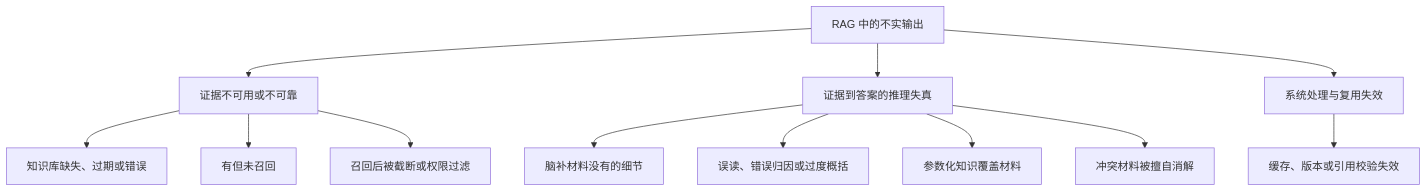
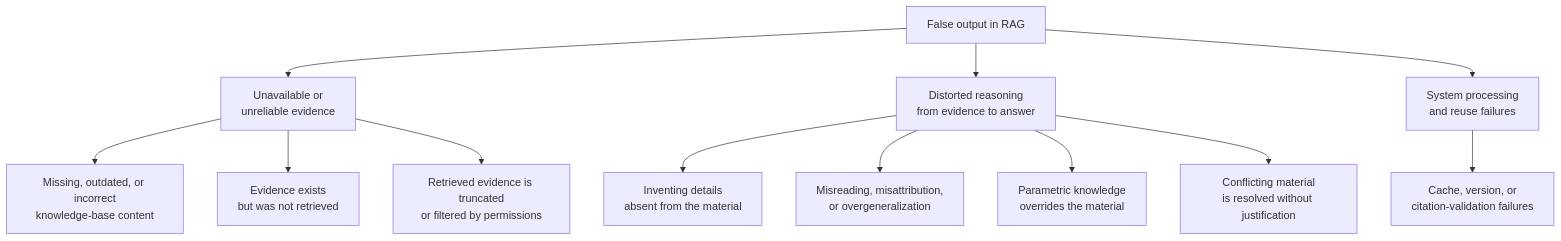
One commit to oneleaveknowsthefall/awesome-ai-roadmap changed the first of 2 diagrams in docs/rag/05-generation-evaluation/17-generation-hallucination.md. Above: the diagram before and after it, drawn with Mermaid. The commit also changed other lines of this file and 60 other files, not shown here.

````diff
--- a/docs/rag/05-generation-evaluation/17-generation-hallucination.md
+++ b/docs/rag/05-generation-evaluation/17-generation-hallucination.md
@@ -15,16 +15,16 @@
 ```mermaid
 flowchart TB
-    H[RAG 中的不实输出] --> H1[证据不可用或不可靠]
-    H --> H2[证据到答案的推理失真]
-    H --> H3[系统处理与复用失效]
+    H[False output in RAG] --> H1[Unavailable or<br/>unreliable evidence]
+    H --> H2[Distorted reasoning<br/>from evidence to answer]
+    H --> H3[System processing<br/>and reuse failures]
 
-    H1 --> C1[知识库缺失、过期或错误]
-    H1 --> C2[有但未召回]
-    H1 --> C3[召回后被截断或权限过滤]
+    H1 --> C1[Missing, outdated, or incorrect<br/>knowledge-base content]
+    H1 --> C2[Evidence exists<br/>but was not retrieved]
+    H1 --> C3[Retrieved evidence is truncated<br/>or filtered by permissions]
 
-    H2 --> C4[脑补材料没有的细节]
-    H2 --> C5[误读、错误归因或过度概括]
-    H2 --> C6[参数化知识覆盖材料]
-    H2 --> C7[冲突材料被擅自消解]
-    H3 --> C8[缓存、版本或引用校验失效]
+    H2 --> C4[Inventing details<br/>absent from the material]
+    H2 --> C5[Misreading, misattribution,<br/>or overgeneralization]
+    H2 --> C6[Parametric knowledge<br/>overrides the material]
+    H2 --> C7[Conflicting material<br/>is resolved without justification]
+    H3 --> C8[Cache, version, or<br/>citation-validation failures]
 ```
````
